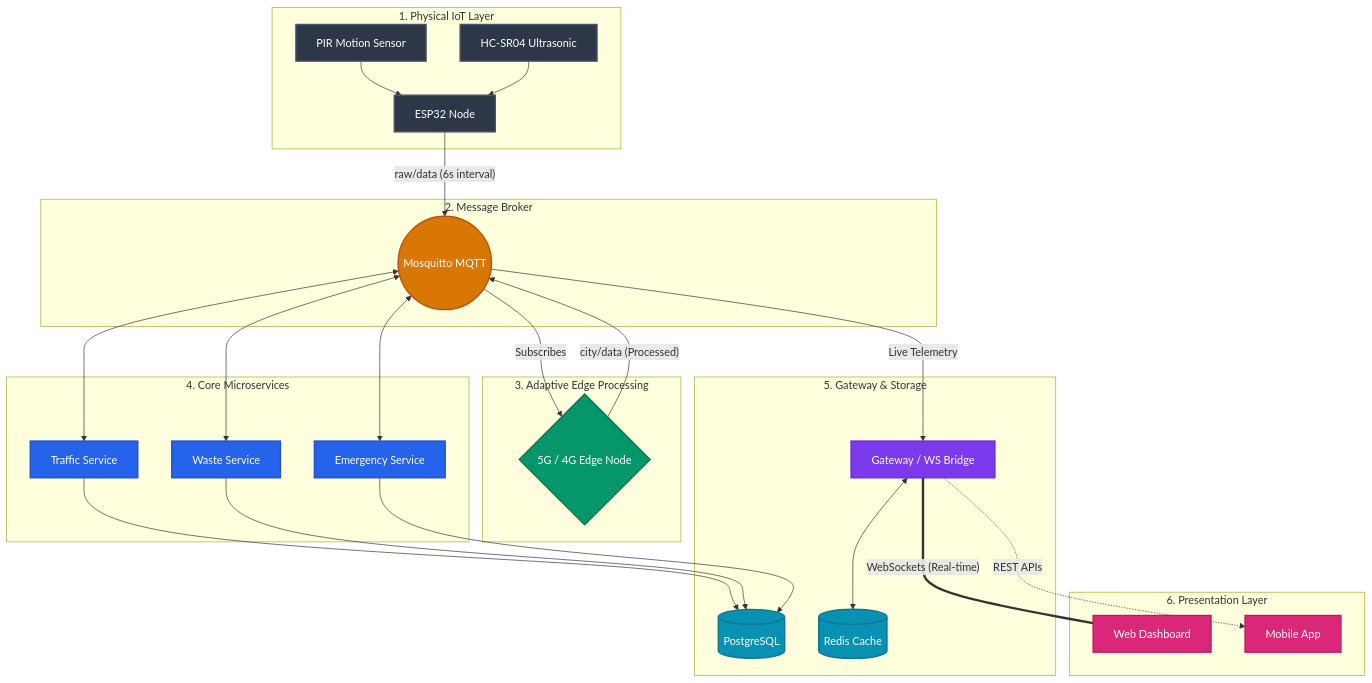
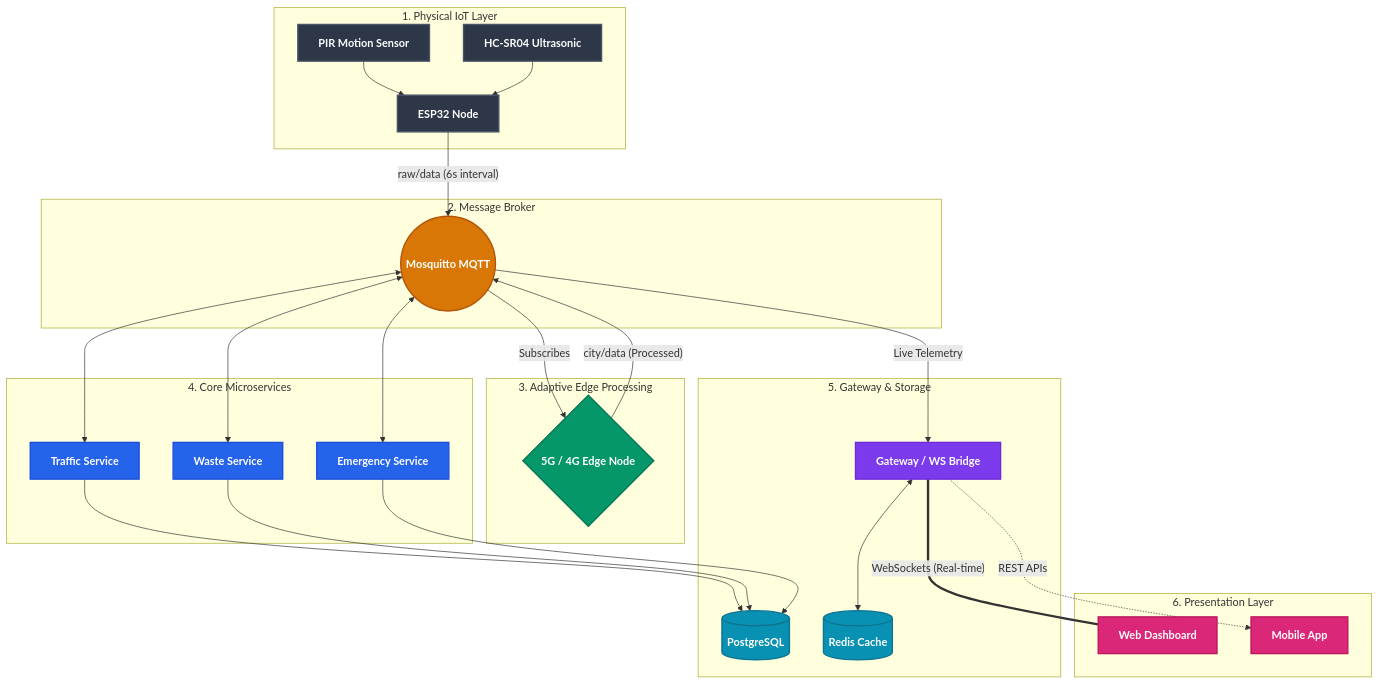
The diagram in README.md (mainakpaul2005/Tech-A-Thon), drawn with Mermaid before and after one commit.

Commit message:
docs: Increased font size and used bold text in diagram for enhanced readability

````diff
--- a/README.md
+++ b/README.md
@@ -15,55 +15,56 @@
 ```mermaid
-%%{init: {'theme': 'default', 'themeVariables': { 'background': '#ffffff'}}}%%
+%%{init: {'theme': 'default', 'themeVariables': { 'background': '#ffffff', 'fontSize': '16px', 'fontFamily': 'arial'}}}%%
 flowchart TD
-    classDef physical fill:#2d3748,stroke:#4a5568,stroke-width:2px,color:#fff
-    classDef mqtt fill:#d97706,stroke:#b45309,stroke-width:2px,color:#fff
-    classDef edge fill:#059669,stroke:#047857,stroke-width:2px,color:#fff
-    classDef service fill:#2563eb,stroke:#1d4ed8,stroke-width:2px,color:#fff
-    classDef gateway fill:#7c3aed,stroke:#6d28d9,stroke-width:2px,color:#fff
-    classDef ui fill:#db2777,stroke:#be185d,stroke-width:2px,color:#fff
-    classDef db fill:#0891b2,stroke:#0e7490,stroke-width:2px,color:#fff
+    classDef physical fill:#2d3748,stroke:#4a5568,stroke-width:2px,color:#fff,font-size:16px,font-weight:bold
+    classDef mqtt fill:#d97706,stroke:#b45309,stroke-width:2px,color:#fff,font-size:16px,font-weight:bold
+    classDef edge fill:#059669,stroke:#047857,stroke-width:2px,color:#fff,font-size:16px,font-weight:bold
+    classDef service fill:#2563eb,stroke:#1d4ed8,stroke-width:2px,color:#fff,font-size:16px,font-weight:bold
+    classDef gateway fill:#7c3aed,stroke:#6d28d9,stroke-width:2px,color:#fff,font-size:16px,font-weight:bold
+    classDef ui fill:#db2777,stroke:#be185d,stroke-width:2px,color:#fff,font-size:16px,font-weight:bold
+    classDef db fill:#0891b2,stroke:#0e7490,stroke-width:2px,color:#fff,font-size:16px,font-weight:bold
+
 
     subgraph Tier1 ["1. Physical IoT Layer"]
         HW[ESP32 Node]:::physical
         PIR[PIR Motion Sensor]:::physical --> HW
         SONAR[HC-SR04 Ultrasonic]:::physical --> HW
     end
 
     subgraph Tier2 ["2. Message Broker"]
         MQ((Mosquitto MQTT)):::mqtt
     end
 
     subgraph Tier3 ["3. Adaptive Edge Processing"]
         ADAPT{5G / 4G Edge Node}:::edge
         HW -- "raw/data (6s interval)" --> MQ
         MQ -- Subscribes --> ADAPT
         ADAPT -- "city/data (Processed)" --> MQ
     end
 
     subgraph Tier4 ["4. Core Microservices"]
         TS[Traffic Service]:::service
         WS[Waste Service]:::service
         ES[Emergency Service]:::service
         MQ <--> TS
         MQ <--> WS
         MQ <--> ES
     end
 
     subgraph Tier5 ["5. Gateway & Storage"]
         GW[Gateway / WS Bridge]:::gateway
         DB[(PostgreSQL)]:::db
         REDIS[(Redis Cache)]:::db
         TS --> DB
         WS --> DB
         ES --> DB
         MQ -- "Live Telemetry" --> GW
         GW <--> REDIS
     end
 
     subgraph Tier6 ["6. Presentation Layer"]
         UI_WEB[Web Dashboard]:::ui
         UI_MOB[Mobile App]:::ui
         GW == "WebSockets (Real-time)" === UI_WEB
         GW -. "REST APIs" .-> UI_MOB
     end
 ```
````
